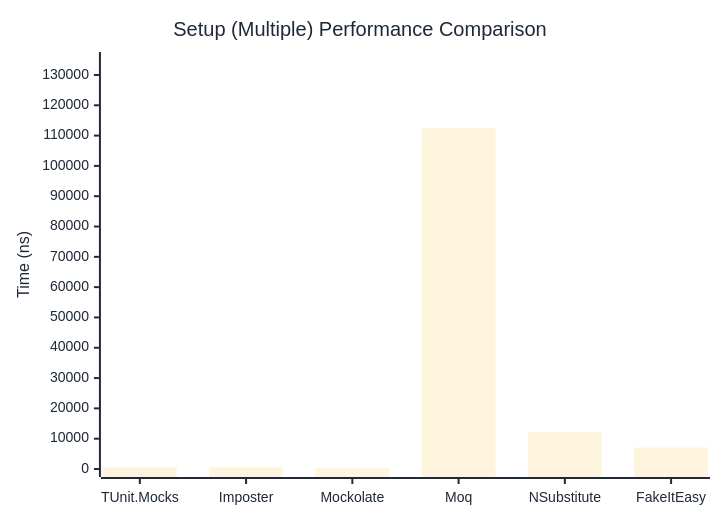
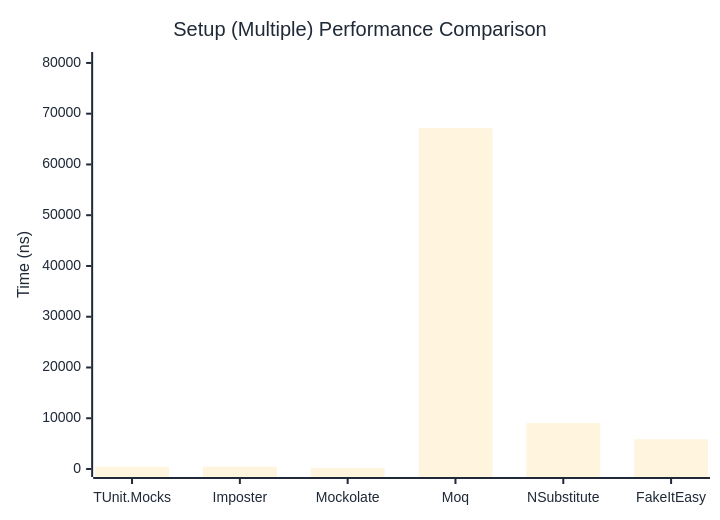
The second of 2 diagrams in docs/docs/benchmarks/mocks/Setup.md (thomhurst/TUnit), drawn with Mermaid before and after one commit. The commit also changed other lines of this file and 14 other files, not shown here.

````diff
--- a/docs/docs/benchmarks/mocks/Setup.md
+++ b/docs/docs/benchmarks/mocks/Setup.md
@@ -71,27 +71,27 @@
 ```mermaid
 %%{init: {
   'theme':'base',
   'themeVariables': {
     'primaryColor': '#2563eb',
     'primaryTextColor': '#1f2937',
     'primaryBorderColor': '#1e40af',
     'lineColor': '#6b7280',
     'secondaryColor': '#7c3aed',
     'tertiaryColor': '#dc2626',
     'background': '#ffffff',
     'pie1': '#2563eb',
     'pie2': '#7c3aed',
     'pie3': '#dc2626',
     'pie4': '#f59e0b',
     'pie5': '#10b981',
     'pie6': '#06b6d4',
     'pie7': '#ec4899',
     'pie8': '#6366f1'
   }
 }}%%
 xychart-beta
   title "Setup (Multiple) Performance Comparison"
   x-axis ["TUnit.Mocks", "Imposter", "Mockolate", "Moq", "NSubstitute", "FakeItEasy"]
-  y-axis "Time (ns)" 0 --> 134937
-  bar [474.2, 536.3, 273, 112447.5, 12138.3, 7073.2]
+  y-axis "Time (ns)" 0 --> 80579
+  bar [431.2, 472, 223.7, 67148.8, 9045.7, 5863.4]
 ```
````
